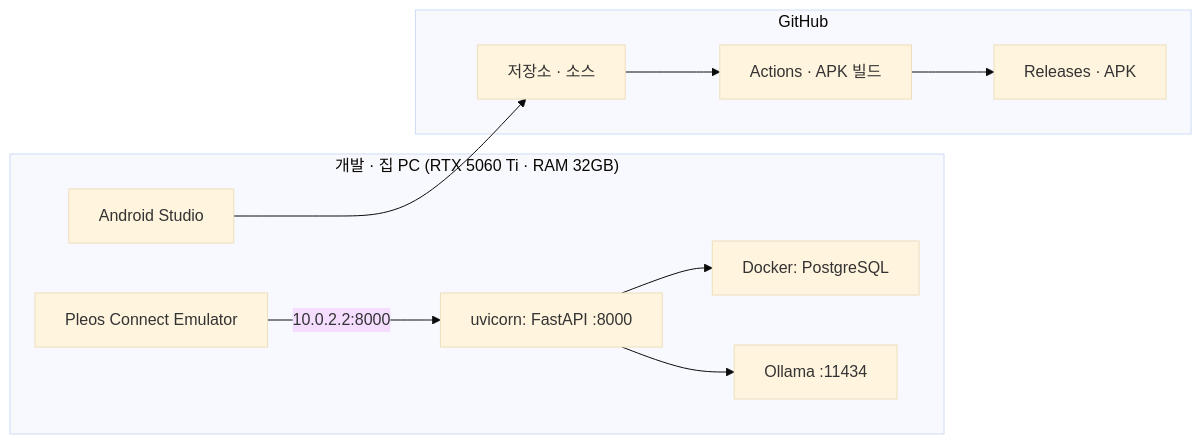
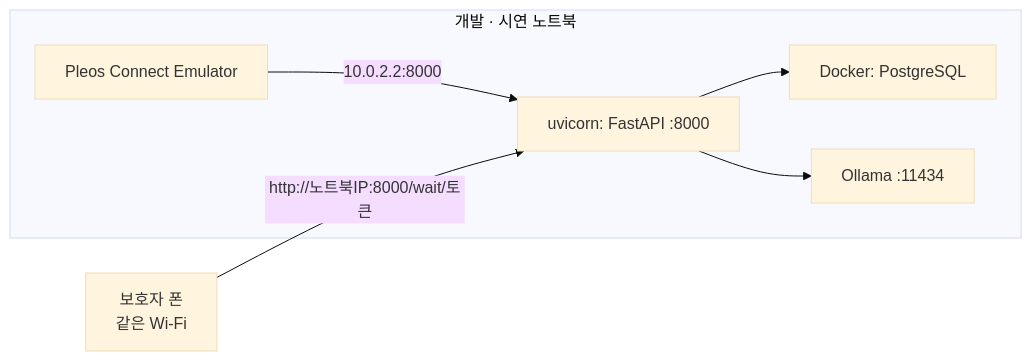
One commit to xuxtaku7610-del/every-moment-of-pause changed the third of 5 diagrams in architecture.md. Above: the diagram before and after it, drawn with Mermaid (base theme). The commit also changed other lines of this file and 159 other files, not shown here.

````diff
--- a/architecture.md
+++ b/architecture.md
@@ -125,21 +153,14 @@
 ```mermaid
 flowchart LR
-    subgraph DEV["개발 · 집 PC (RTX 5060 Ti · RAM 32GB)"]
-        AS["Android Studio"]
+    subgraph DEV["개발 · 시연 노트북"]
         EMU["Pleos Connect Emulator"]
         DC["Docker: PostgreSQL"]
         UV["uvicorn: FastAPI :8000"]
         OL["Ollama :11434"]
     end
-    subgraph CI["GitHub"]
-        REPO["저장소 · 소스"]
-        ACT["Actions · APK 빌드"]
-        REL["Releases · APK"]
-    end
+    PHONE["보호자 폰<br/>같은 Wi-Fi"]
     EMU -->|"10.0.2.2:8000"| UV
+    PHONE -->|"http://노트북IP:8000/wait/토큰"| UV
     UV --> DC
     UV --> OL
-    AS --> REPO
-    REPO --> ACT
-    ACT --> REL
 ```
````
